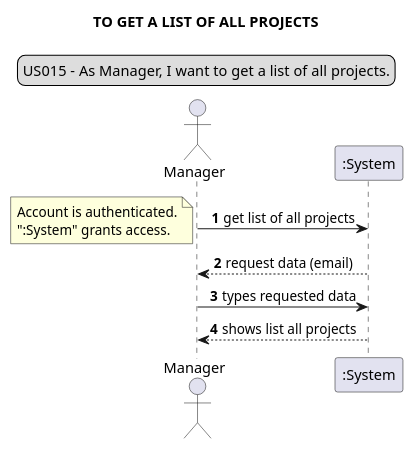
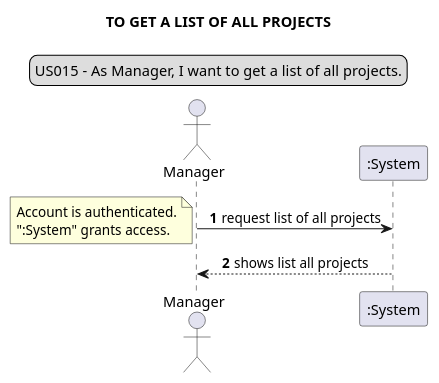
The seventh of 8 diagrams in docs/requirements_gathering/system_sequence_diagrams/sprint02/systemSequenceDiagramSprint02.puml (Loracline/project_switch_22-23), drawn with PlantUML before and after one commit. The commit also changed 2 other files, not shown here.

Commit message:
US 15 : Development : Update sequence diagram, class diagram and system sequence diagram references #350

```diff
--- a/docs/requirements_gathering/system_sequence_diagrams/sprint02/systemSequenceDiagramSprint02.puml
+++ b/docs/requirements_gathering/system_sequence_diagrams/sprint02/systemSequenceDiagramSprint02.puml
@@ -120,17 +120,15 @@
 @startuml
 legend top
 US015 - As Manager, I want to get a list of all projects.
 end legend
 skinparam sequenceMessageAlign center
 title TO GET A LIST OF ALL PROJECTS
 actor "Manager"
 autonumber
-"Manager" -> ":System": get list of all projects
+"Manager" -> ":System": request list of all projects
 note left
 Account is authenticated.
 ":System" grants access.
 end note
-"Manager" <-- ":System": request data (email)
-"Manager" -> ":System": types requested data
 "Manager" <-- ":System": shows list all projects
 @enduml
```
